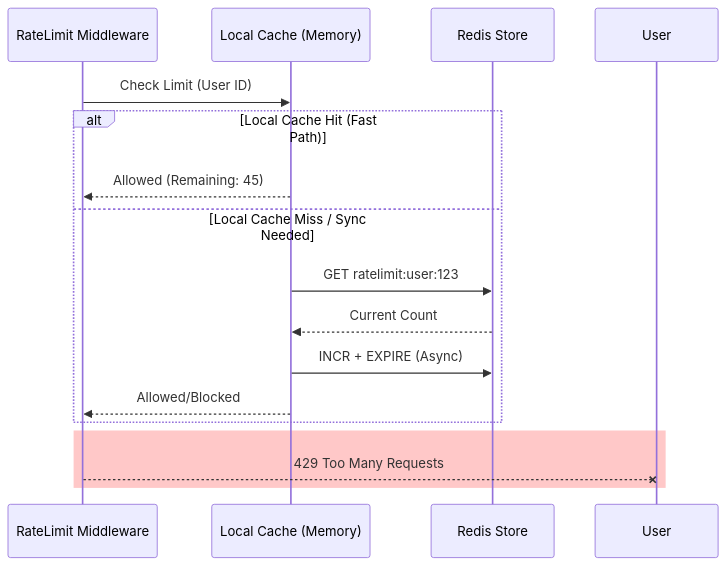
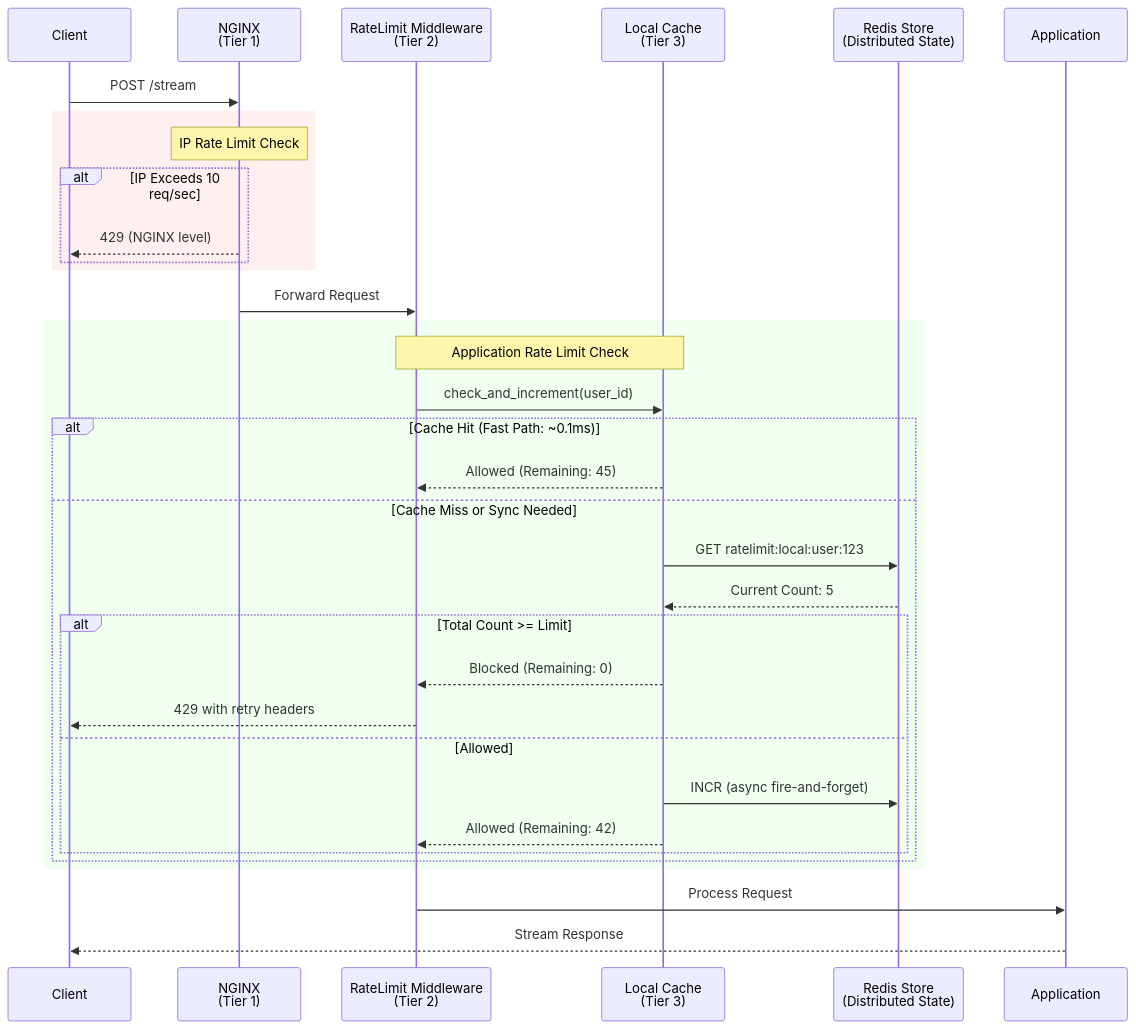
Before and after one commit to shubh2016shiv/sse-llm-streaming-service: the diagram in src/core/resilience/documentation/01_rate_limiting.md, drawn with Mermaid. The commit also changed other lines of this file and 6 other files, not shown here.

````diff
--- a/src/core/resilience/documentation/01_rate_limiting.md
+++ b/src/core/resilience/documentation/01_rate_limiting.md
@@ -24,21 +332,43 @@
 ```mermaid
 sequenceDiagram
-    participant Middleware as RateLimit Middleware
-    participant Local as Local Cache (Memory)
-    participant Redis as Redis Store
+    participant Client
+    participant NGINX as NGINX<br/>(Tier 1)
+    participant Middleware as RateLimit Middleware<br/>(Tier 2)
+    participant Cache as Local Cache<br/>(Tier 3)
+    participant Redis as Redis Store<br/>(Distributed State)
+    participant App as Application
 
-    Middleware->>Local: Check Limit (User ID)
+    Client->>NGINX: POST /stream
     
-    alt Local Cache Hit (Fast Path)
-        Local-->>Middleware: Allowed (Remaining: 45)
-    else Local Cache Miss / Sync Needed
-        Local->>Redis: GET ratelimit:user:123
-        Redis-->>Local: Current Count
-        Local->>Redis: INCR + EXPIRE (Async)
-        Local-->>Middleware: Allowed/Blocked
+    rect rgb(255, 240, 240)
+        Note over NGINX: IP Rate Limit Check
+        alt IP Exceeds 10 req/sec
+            NGINX-->>Client: 429 (NGINX level)
+        end
     end
     
-    rect rgb(255, 200, 200)
-        Middleware--X User: 429 Too Many Requests
+    NGINX->>Middleware: Forward Request
+    
+    rect rgb(240, 255, 240)
+        Note over Middleware,Cache: Application Rate Limit Check
+        Middleware->>Cache: check_and_increment(user_id)
+        
+        alt Cache Hit (Fast Path: ~0.1ms)
+            Cache-->>Middleware: Allowed (Remaining: 45)
+        else Cache Miss or Sync Needed
+            Cache->>Redis: GET ratelimit:local:user:123
+            Redis-->>Cache: Current Count: 5
+            
+            alt Total Count >= Limit
+                Cache-->>Middleware: Blocked (Remaining: 0)
+                Middleware-->>Client: 429 with retry headers
+            else Allowed
+                Cache->>Redis: INCR (async fire-and-forget)
+                Cache-->>Middleware: Allowed (Remaining: 42)
+            end
+        end
     end
+    
+    Middleware->>App: Process Request
+    App-->>Client: Stream Response
 ```
````
